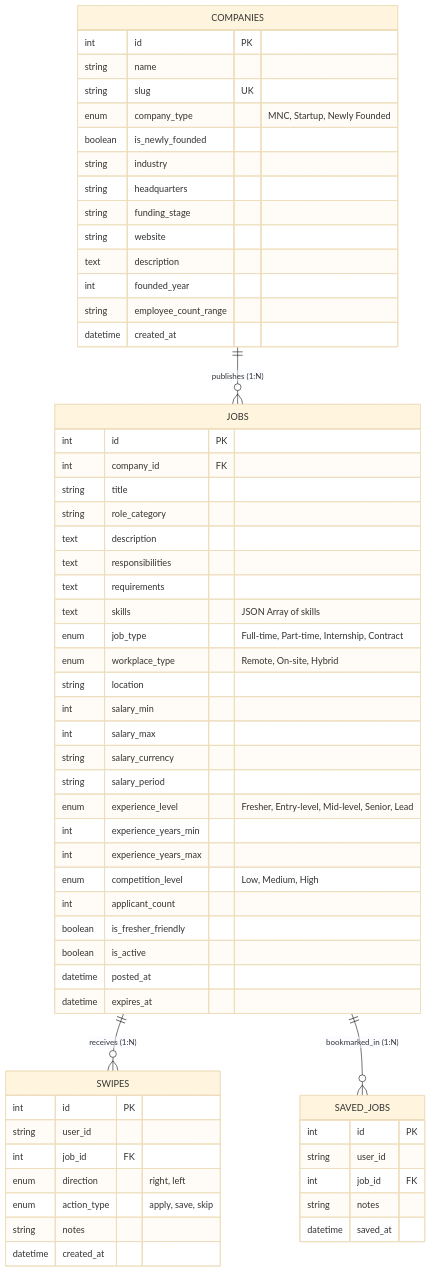
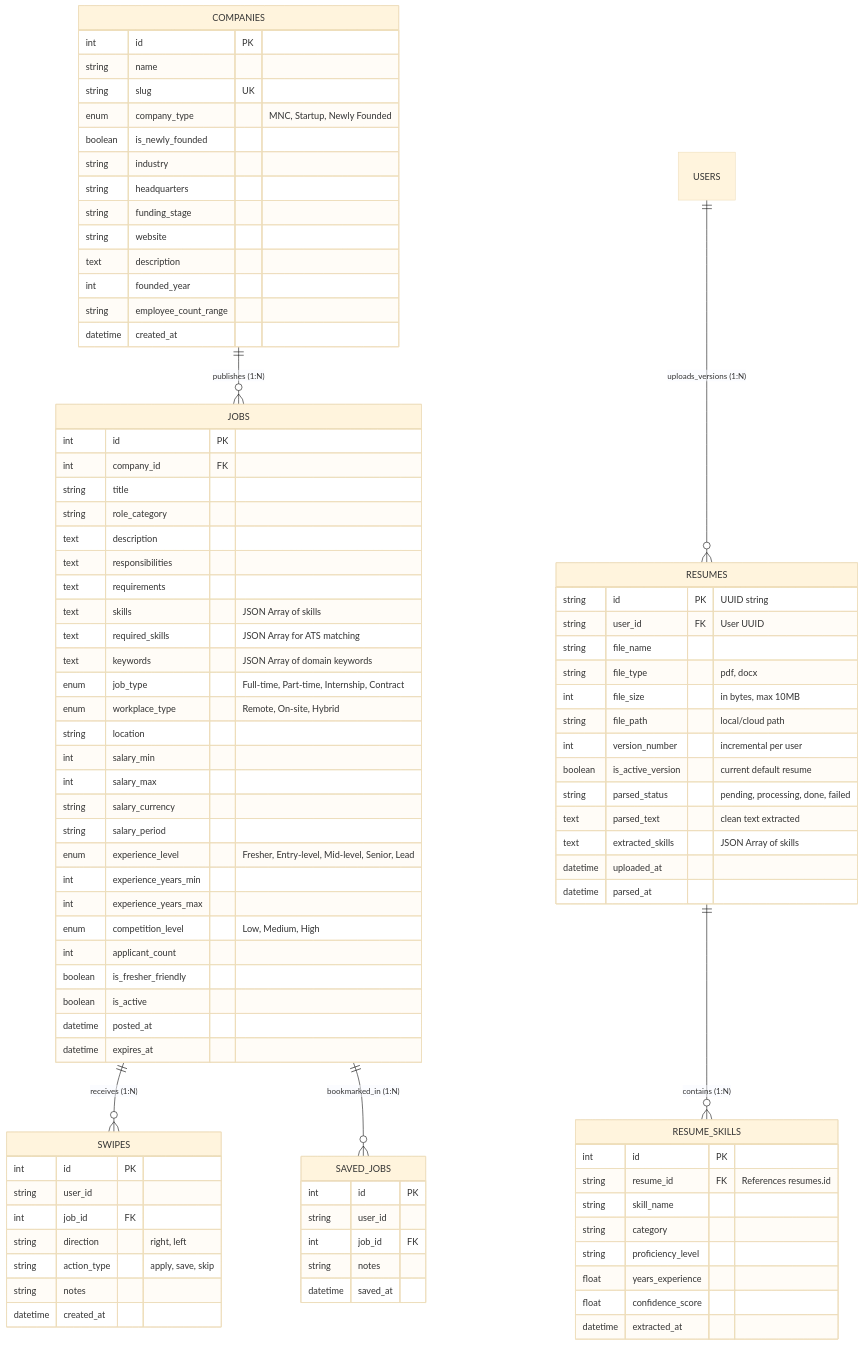
Before and after one commit to springboardmentor54321v/AI-Powered-Swipe-Based-Job-Discovery-and-Personalized-Career-Intelligence-Platform: the diagram in Data & Job_Shubham/DATA_DICTIONARY.md, drawn with Mermaid (base theme). The commit also changed other lines of this file and 27 other files, not shown here.

Commit message:
feat(data-job): implement Milestone 3 AI resume analysis, versioning & ATS scoring data layer

```diff
--- a/Data & Job_Shubham/DATA_DICTIONARY.md
+++ b/Data & Job_Shubham/DATA_DICTIONARY.md
@@ -16,6 +16,8 @@
     COMPANIES ||--o{ JOBS : "publishes (1:N)"
     JOBS ||--o{ SWIPES : "receives (1:N)"
     JOBS ||--o{ SAVED_JOBS : "bookmarked_in (1:N)"
+    USERS ||--o{ RESUMES : "uploads_versions (1:N)"
+    RESUMES ||--o{ RESUME_SKILLS : "contains (1:N)"
 
     COMPANIES {
         int id PK
@@ -42,6 +44,8 @@
         text responsibilities
         text requirements
         text skills "JSON Array of skills"
+        text required_skills "JSON Array for ATS matching"
+        text keywords "JSON Array of domain keywords"
         enum job_type "Full-time, Part-time, Internship, Contract"
         enum workplace_type "Remote, On-site, Hybrid"
         string location
@@ -60,12 +64,39 @@
         datetime expires_at
     }
 
+    RESUMES {
+        string id PK "UUID string"
+        string user_id FK "User UUID"
+        string file_name
+        string file_type "pdf, docx"
+        int file_size "in bytes, max 10MB"
+        string file_path "local/cloud path"
+        int version_number "incremental per user"
+        boolean is_active_version "current default resume"
+        string parsed_status "pending, processing, done, failed"
+        text parsed_text "clean text extracted"
+        text extracted_skills "JSON Array of skills"
+        datetime uploaded_at
+        datetime parsed_at
+    }
+
+    RESUME_SKILLS {
+        int id PK
+        string resume_id FK "References resumes.id"
+        string skill_name
+        string category
+        string proficiency_level
+        float years_experience
+        float confidence_score
+        datetime extracted_at
+    }
+
     SWIPES {
         int id PK
         string user_id
         int job_id FK
-        enum direction "right, left"
-        enum action_type "apply, save, skip"
+        string direction "right, left"
+        string action_type "apply, save, skip"
         string notes
         datetime created_at
     }
```
